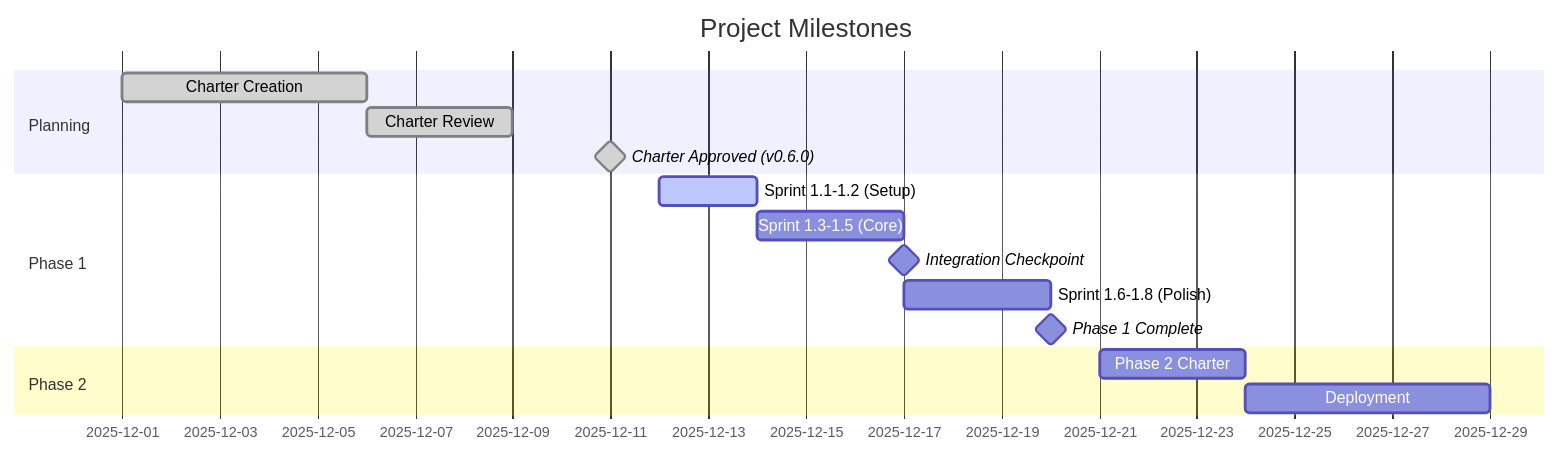
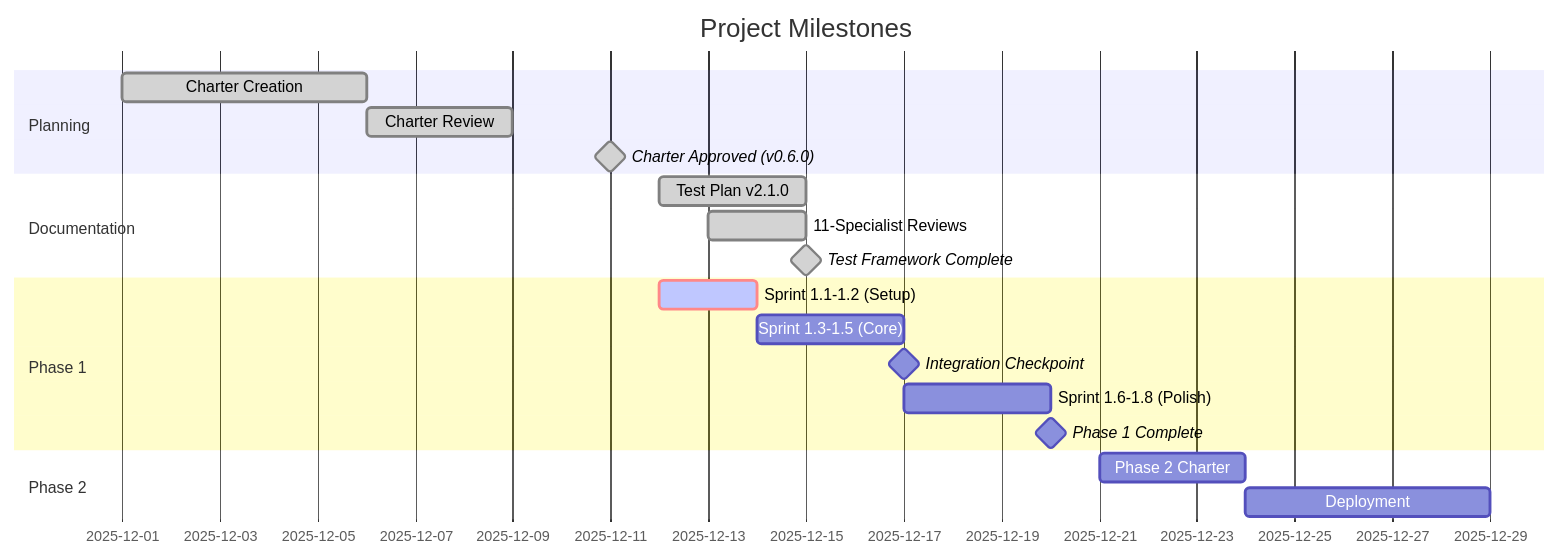
Before and after one commit to Hana-X-AI/hx-docling-application: the seventh of 7 diagrams in README.md, drawn with Mermaid. The commit also changed other lines of this file, not shown here.

````diff
--- a/README.md
+++ b/README.md
@@ -688,18 +949,22 @@
 ```mermaid
 gantt
     title Project Milestones
     dateFormat  YYYY-MM-DD
     section Planning
     Charter Creation           :done, 2025-12-01, 5d
     Charter Review             :done, 2025-12-06, 3d
     Charter Approved (v0.6.0)  :milestone, done, 2025-12-11, 0d
+    section Documentation
+    Test Plan v2.1.0           :done, 2025-12-12, 3d
+    11-Specialist Reviews      :done, 2025-12-13, 2d
+    Test Framework Complete    :milestone, done, 2025-12-15, 0d
     section Phase 1
-    Sprint 1.1-1.2 (Setup)     :active, 2025-12-12, 2d
+    Sprint 1.1-1.2 (Setup)     :crit, active, 2025-12-12, 2d
     Sprint 1.3-1.5 (Core)      :2025-12-14, 3d
     Integration Checkpoint     :milestone, 2025-12-17, 0d
     Sprint 1.6-1.8 (Polish)    :2025-12-17, 3d
     Phase 1 Complete           :milestone, 2025-12-20, 0d
     section Phase 2
     Phase 2 Charter            :2025-12-21, 3d
     Deployment                 :2025-12-24, 5d
 ```
````
